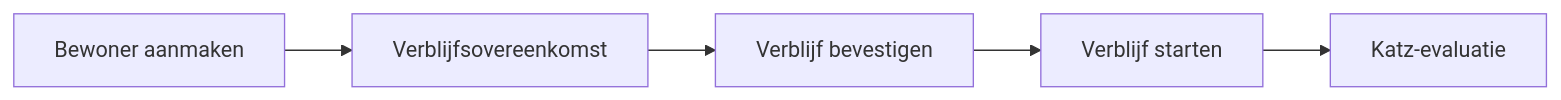
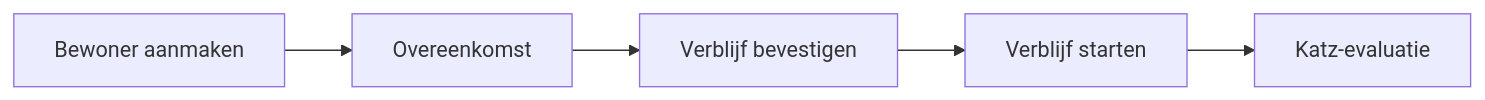
Before and after one commit to lplg-europe/resthome-documentation: the diagram in docs/nl/residents/gerer-un-resident.md, drawn with Mermaid. The commit also changed other lines of this file and 32 other files, not shown here.

````diff
--- a/docs/nl/residents/gerer-un-resident.md
+++ b/docs/nl/residents/gerer-un-resident.md
@@ -14,7 +14,7 @@
 ```mermaid
 graph LR
-  A[Bewoner aanmaken] --> B[Verblijfsovereenkomst]
+  A[Bewoner aanmaken] --> B[Overeenkomst]
   B --> C[Verblijf bevestigen]
   C --> D[Verblijf starten]
   D --> E[Katz-evaluatie]
 ```
````
